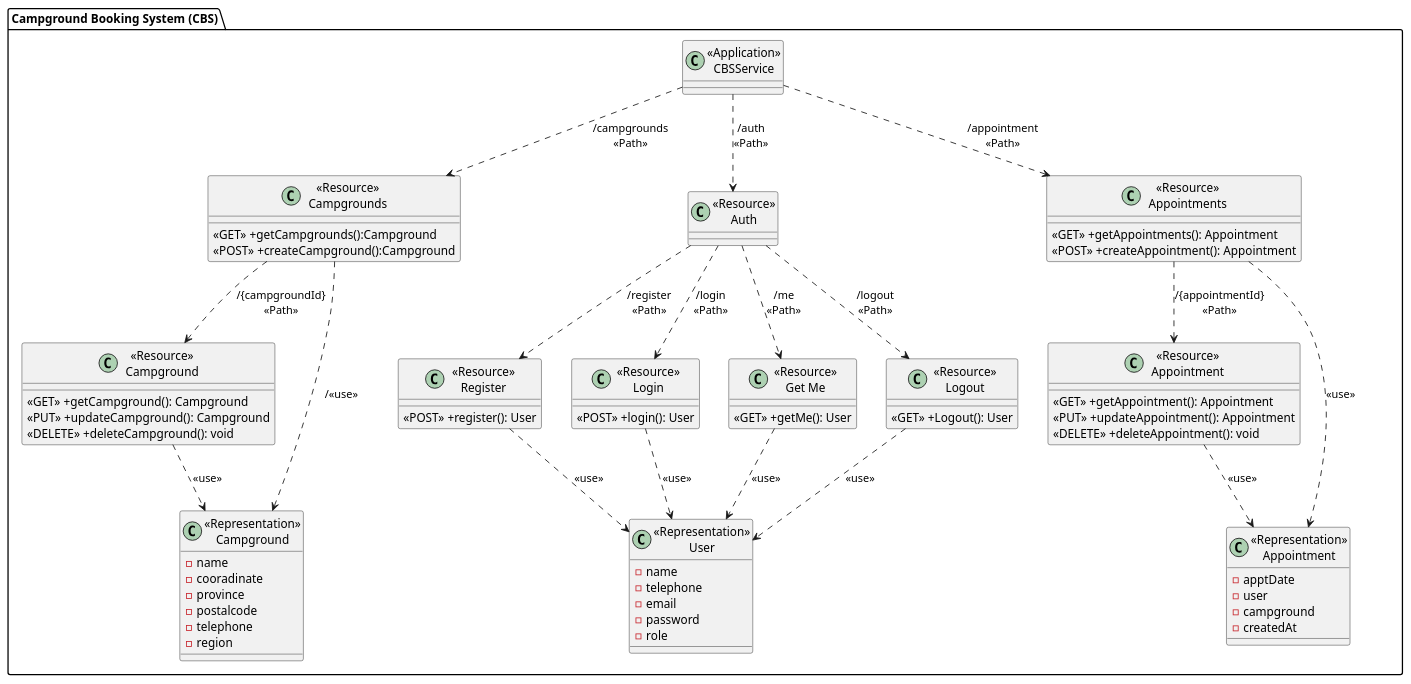
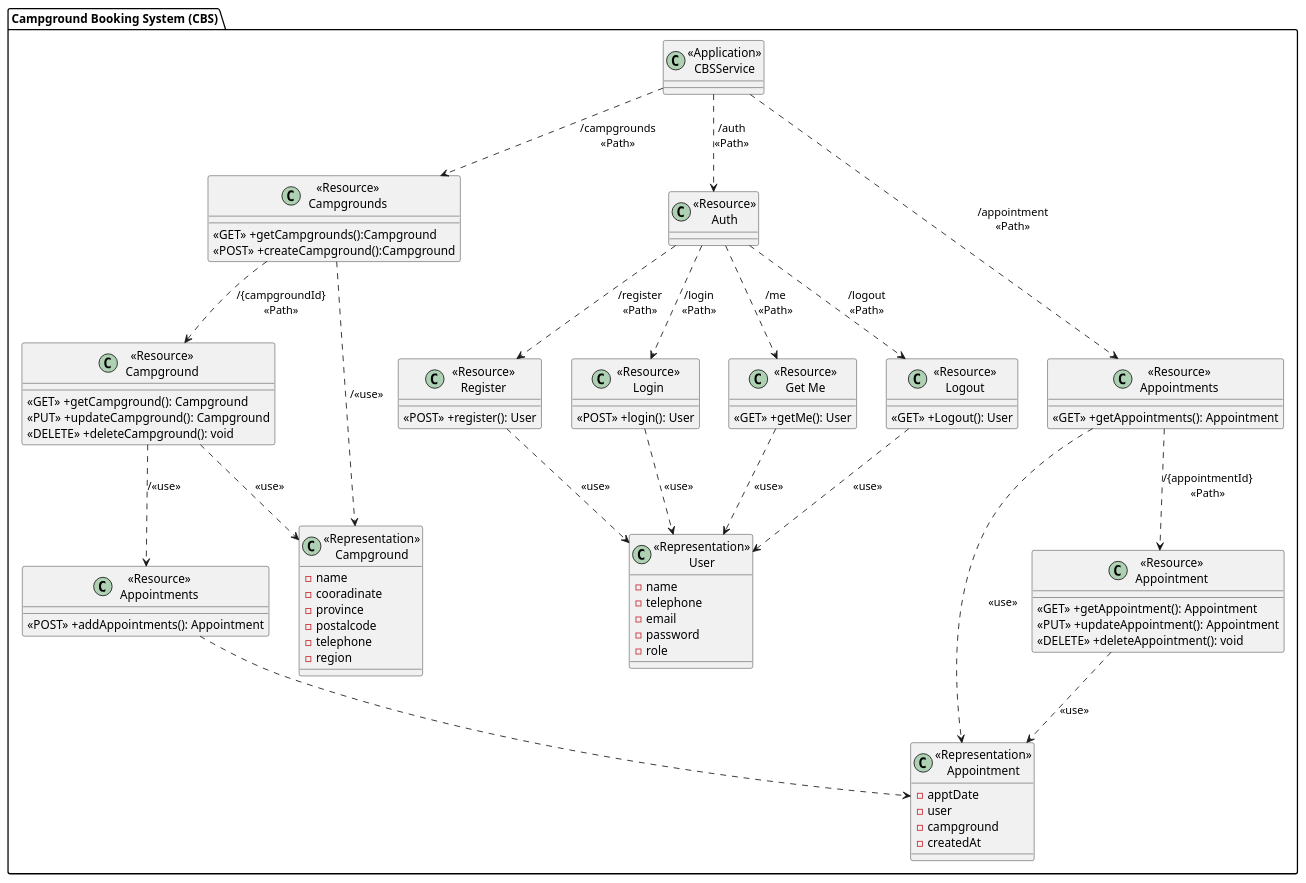
One commit to FaiiFaiipuipui/CEDT_Y1T2_backend-campgroundbooking changed the diagram in diagram/Class diagram/CampgroundClass.puml. Above: the diagram before and after it, drawn with PlantUML. The commit also changed 2 other files, not shown here.

Commit message:
Change the class diagram

```diff
--- a/diagram/Class diagram/CampgroundClass.puml
+++ b/diagram/Class diagram/CampgroundClass.puml
@@ -1,92 +1,98 @@
 @startuml Campground Booking System (CBS)
 
 package "Campground Booking System (CBS)"{
     class "<<Application>>\nCBSService" as CBSService{}
 
     class "<<Resource>>\nCampgrounds" as ResourceCampgrounds{
         <<GET>> +getCampgrounds():Campground
         <<POST>> +createCampground():Campground
     }
 
     class "<<Resource>>\nCampground" as ResourceCampground {
         <<GET>> +getCampground(): Campground
         <<PUT>> +updateCampground(): Campground
         <<DELETE>> +deleteCampground(): void
     }
 
     class "<<Representation>>\nCampground" as RepresentationCampground {
         -name
         -cooradinate
         -province
         -postalcode
         -telephone
         -region
     }
 
     class "<<Resource>>\nAuth" as ResourceAuth{
         
     }
 
     class "<<Resource>>\nRegister" as RegisterService {
         <<POST>> +register(): User
     }
 
     class "<<Resource>>\nLogin" as LoginService {
         <<POST>> +login(): User
     }
 
     class "<<Resource>>\nGet Me" as GetMeService {
         <<GET>> +getMe(): User
     }
     class "<<Resource>>\nLogout" as LogoutService {
         <<GET>> +Logout(): User
     }
 
     class "<<Representation>>\nUser" as RepresentationUser {
         -name
         -telephone
         -email
         -password
         -role
     }
 
     class "<<Resource>>\nAppointments" as ResourceAppointments{
         <<GET>> +getAppointments(): Appointment
-        <<POST>> +createAppointment(): Appointment
+    }
+
+    class "<<Resource>>\nAppointments" as AddResourceAppointments{
+        <<POST>> +addAppointments(): Appointment
     }
 
     class "<<Resource>>\nAppointment" as ResourceAppointment{
         <<GET>> +getAppointment(): Appointment
         <<PUT>> +updateAppointment(): Appointment
         <<DELETE>> +deleteAppointment(): void
     }
 
     class "<<Representation>>\nAppointment" as RepresentationAppointment {
         -apptDate
         -user
         -campground
         -createdAt
     }
 }
 
 CBSService ..> ResourceCampgrounds:"/campgrounds\n<<Path>>"
 ResourceCampgrounds ..> ResourceCampground: "/{campgroundId}\n<<Path>>"
 ResourceCampgrounds ..> RepresentationCampground: "/<<use>>"
+ResourceCampground ..> AddResourceAppointments: "/<<use>>"
 ResourceCampground ..> RepresentationCampground: "<<use>>"
+
+CBSService ..> ResourceAppointments: "/appointment\n<<Path>>"
+ResourceAppointments ..> ResourceAppointment: "/{appointmentId}\n<<Path>>"
+ResourceAppointment ..> RepresentationAppointment: "<<use>>"
+ResourceAppointments ..> RepresentationAppointment: "<<use>>"
+AddResourceAppointments ..> RepresentationAppointment
 
 CBSService ..> ResourceAuth:"/auth\n<<Path>>"
 ResourceAuth ..> RegisterService: "/register\n<<Path>>"
 ResourceAuth ..> LoginService: "/login\n<<Path>>"
 ResourceAuth ..> GetMeService: "/me\n<<Path>>"
 ResourceAuth ..> LogoutService: "/logout\n<<Path>>"
 RegisterService ..> RepresentationUser: "<<use>>"
 LoginService ..> RepresentationUser: "<<use>>"
 GetMeService ..> RepresentationUser: "<<use>>"
 LogoutService ..> RepresentationUser: "<<use>>"
 
-CBSService ..> ResourceAppointments: "/appointment\n<<Path>>"
-ResourceAppointments ..> ResourceAppointment: "/{appointmentId}\n<<Path>>"
-ResourceAppointment ..> RepresentationAppointment: "<<use>>"
-ResourceAppointments ..> RepresentationAppointment: "<<use>>"
 
 @enduml
```
